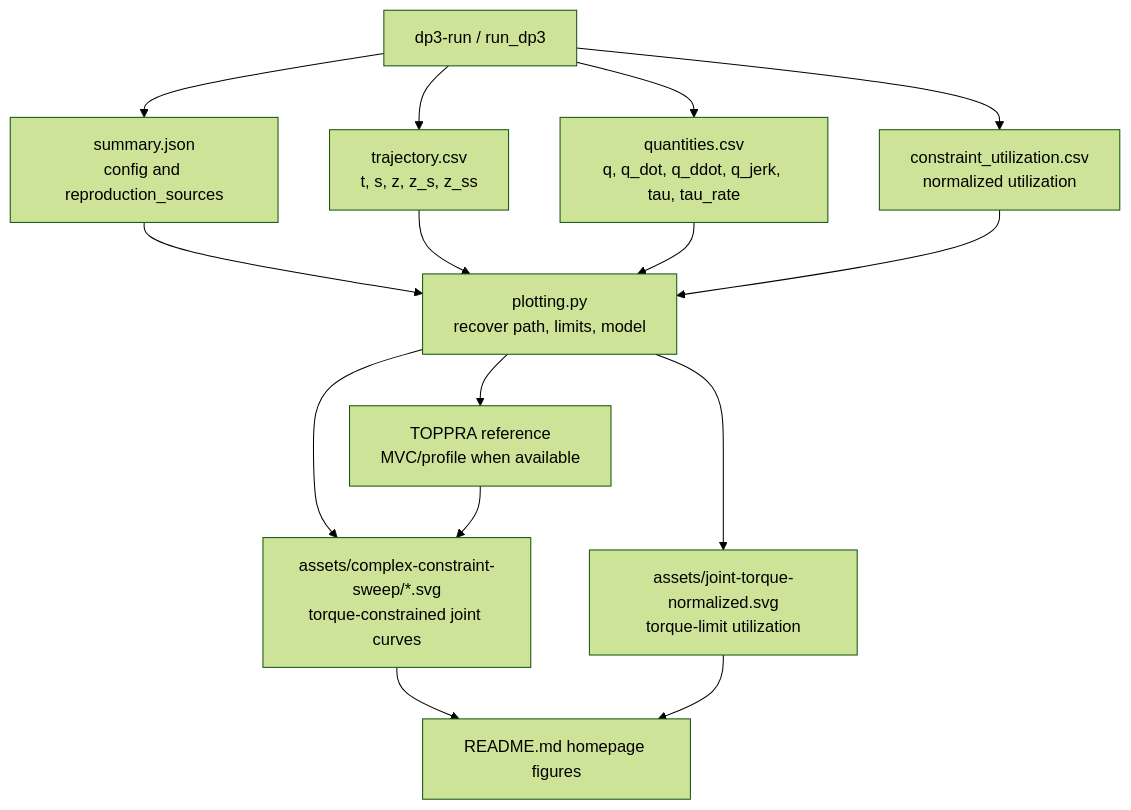
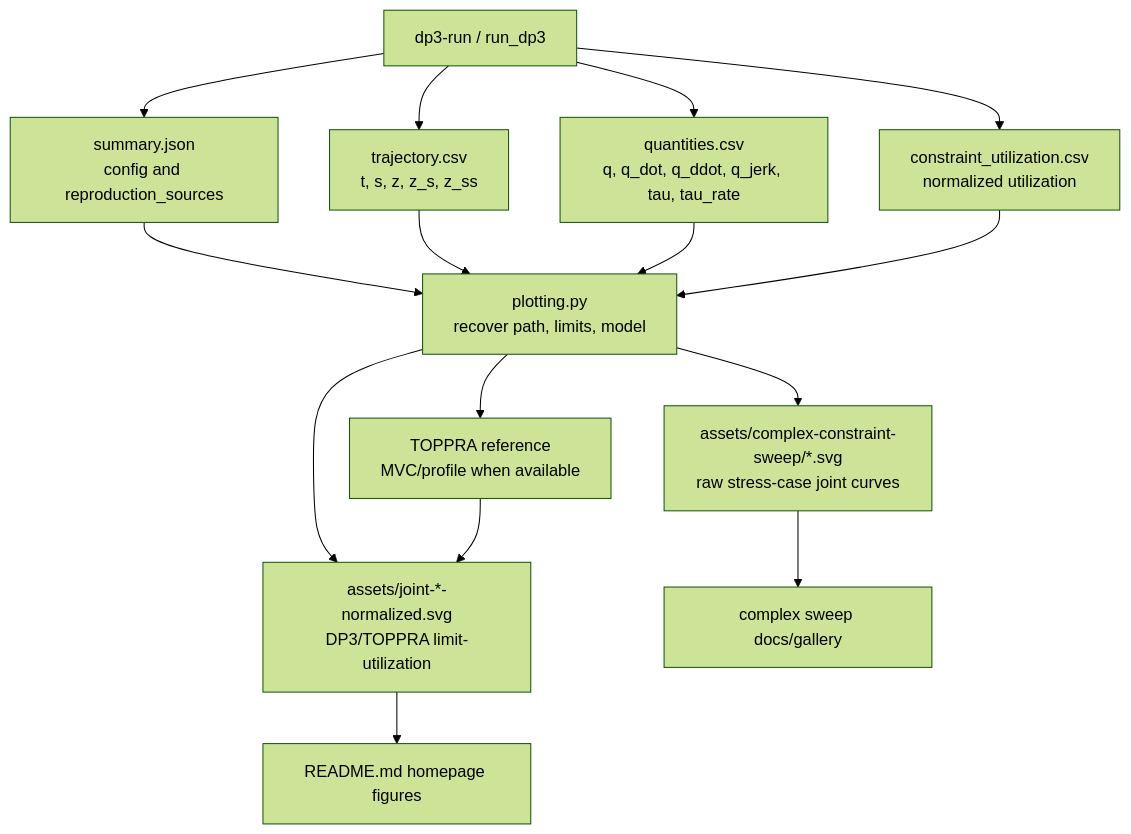
The seventh of 7 diagrams in docs/dp3_algorithm_flow_zh.md (ZhaoShize123/dp3-topp), drawn with Mermaid (forest theme) before and after one commit. The commit also changed other lines of this file and 7 other files, not shown here.

Commit message:
Use normalized TOPPRA limit plots on README

````diff
--- a/docs/dp3_algorithm_flow_zh.md
+++ b/docs/dp3_algorithm_flow_zh.md
@@ -1127,17 +1127,17 @@
 ```mermaid
 flowchart TD
     A["dp3-run / run_dp3"] --> B["trajectory.csv<br/>t, s, z, z_s, z_ss"]
     A --> C["quantities.csv<br/>q, q_dot, q_ddot, q_jerk, tau, tau_rate"]
     A --> D["constraint_utilization.csv<br/>normalized utilization"]
     A --> E["summary.json<br/>config and reproduction_sources"]
     E --> F["plotting.py<br/>recover path, limits, model"]
     B --> F
     C --> F
     D --> F
     F --> G["TOPPRA reference<br/>MVC/profile when available"]
-    F --> H["assets/complex-constraint-sweep/*.svg<br/>torque-constrained joint curves"]
-    F --> J["assets/joint-torque-normalized.svg<br/>torque-limit utilization"]
+    F --> H["assets/joint-*-normalized.svg<br/>DP3/TOPPRA limit-utilization"]
+    F --> K["assets/complex-constraint-sweep/*.svg<br/>raw stress-case joint curves"]
     G --> H
     H --> I["README.md homepage figures"]
-    J --> I
+    K --> L["complex sweep docs/gallery"]
 ```
````
